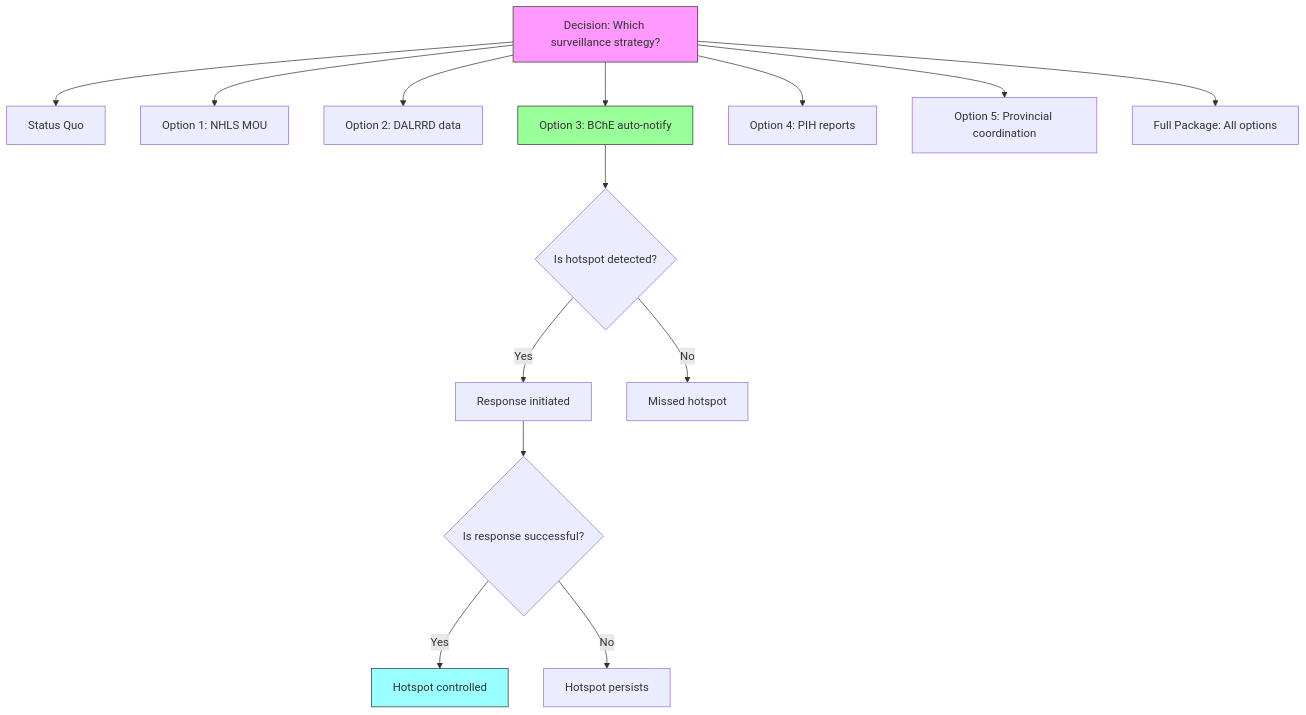
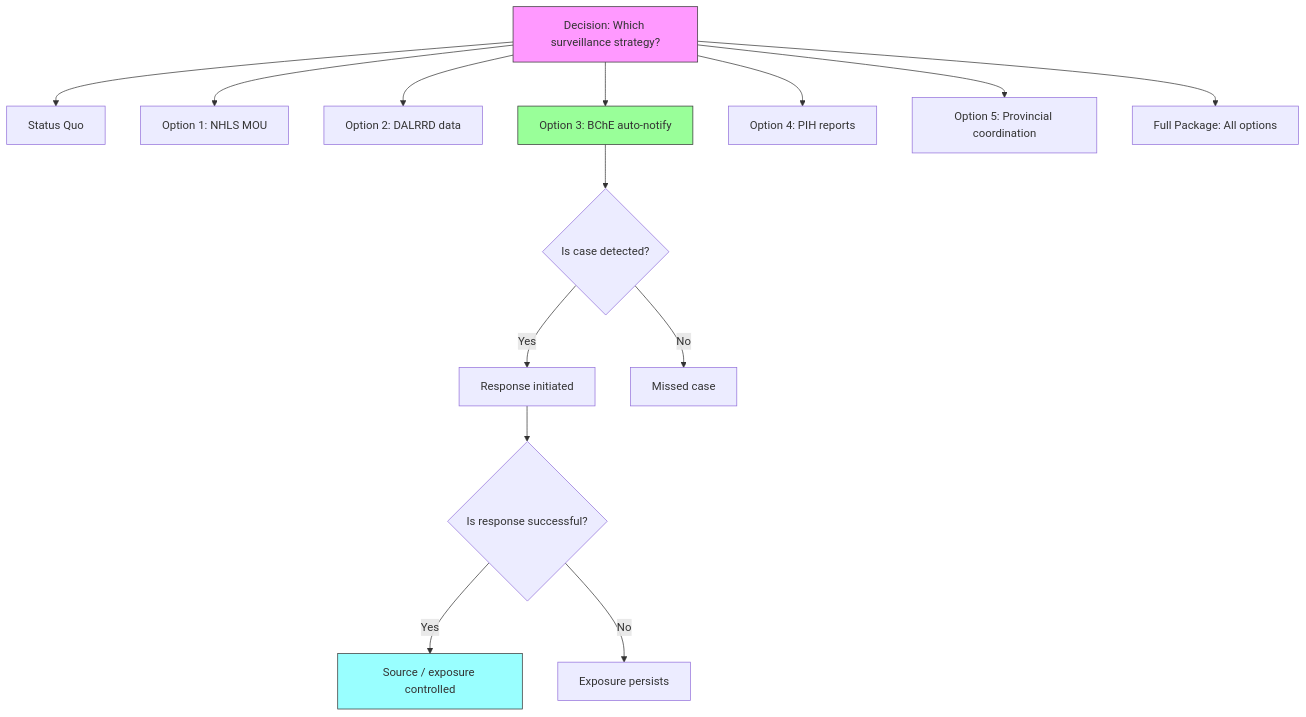
Before and after one commit to bridaybrummer/D2P_project: the diagram in posts/decision_model.qmd, drawn with Mermaid. The commit also changed other lines of this file and 17 other files, not shown here.

````diff
--- a/posts/decision_model.qmd
+++ b/posts/decision_model.qmd
@@ -40,24 +40,24 @@
 ```{mermaid}
 %%| label: fig-decision-tree
 %%| fig-cap: "Simplified decision tree structure"
 flowchart TD
     A[Decision: Which surveillance strategy?] --> B[Status Quo]
     A --> C[Option 1: NHLS MOU]
     A --> D[Option 2: DALRRD data]
     A --> E[Option 3: BChE auto-notify]
     A --> F[Option 4: PIH reports]
     A --> G[Option 5: Provincial coordination]
     A --> H[Full Package: All options]
     
-    E --> I{Is hotspot detected?}
+    E --> I{Is case detected?}
     I -->|Yes| J[Response initiated]
-    I -->|No| K[Missed hotspot]
+    I -->|No| K[Missed case]
     
     J --> L{Is response successful?}
-    L -->|Yes| M[Hotspot controlled]
-    L -->|No| N[Hotspot persists]
+    L -->|Yes| M[Source / exposure controlled]
+    L -->|No| N[Exposure persists]
     
     style A fill:#f9f,stroke:#333
     style E fill:#9f9,stroke:#333
     style M fill:#9ff,stroke:#333
 ```
````
